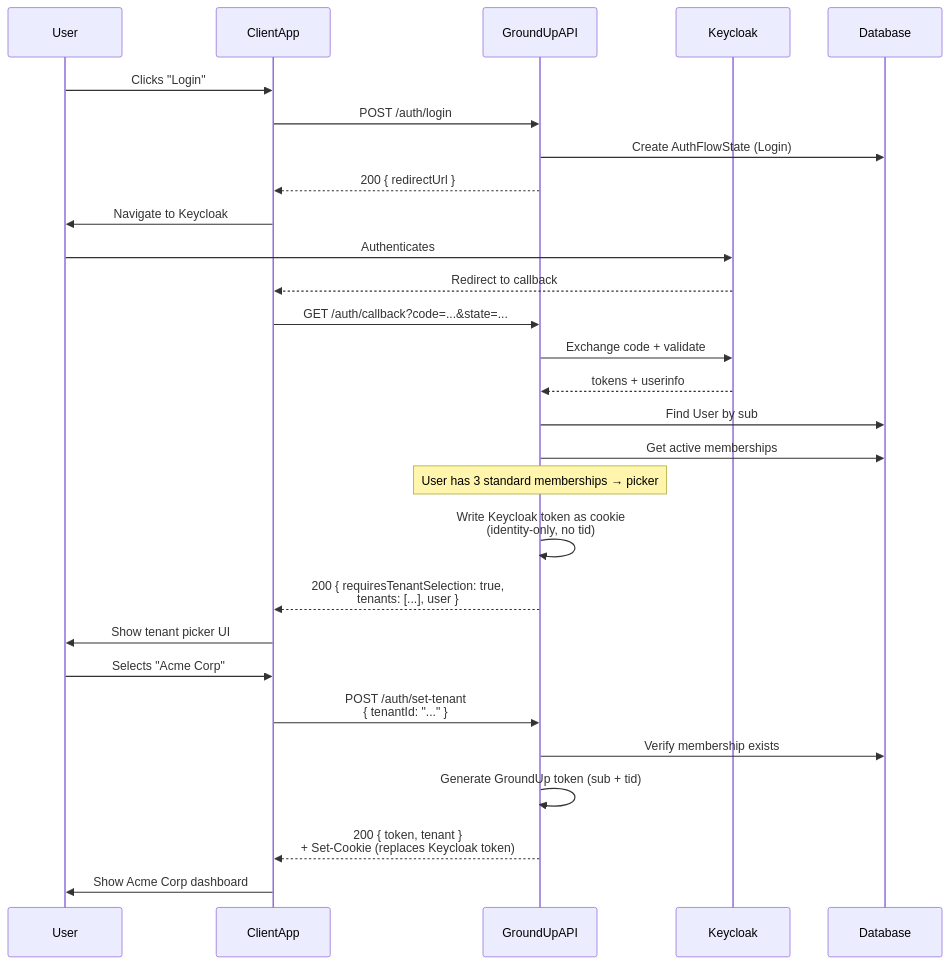
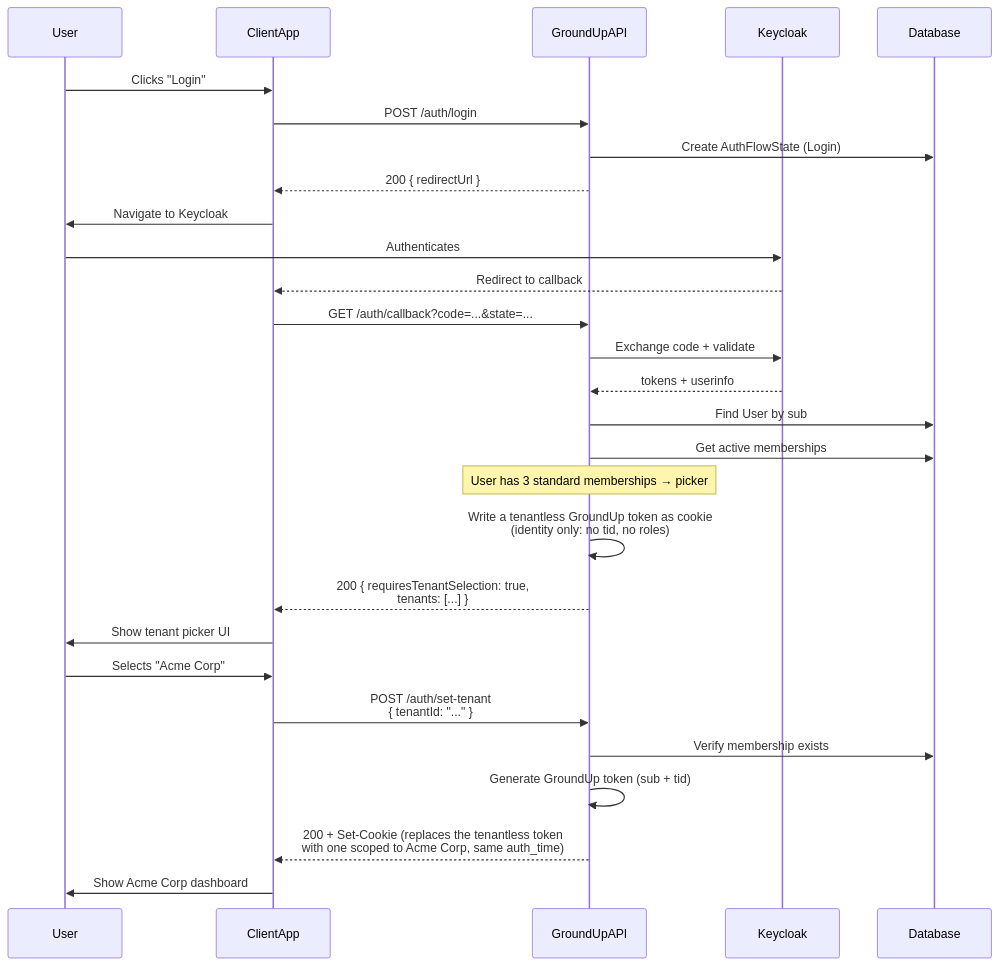
One commit to rsbst23/groundup changed the third of 23 diagrams in .kiro/specs/phase-10-cleanup/auth-flows-design.md. Above: the diagram before and after it, drawn with Mermaid. The commit also changed other lines of this file and 3 other files, not shown here.

Commit message:
docs(auth): tenantless sessions in the flow design and manual testing guide

````diff
--- a/.kiro/specs/phase-10-cleanup/auth-flows-design.md
+++ b/.kiro/specs/phase-10-cleanup/auth-flows-design.md
@@ -185,31 +185,31 @@
 ```mermaid
 sequenceDiagram
     participant User
     participant ClientApp
     participant GroundUpAPI
     participant Keycloak
     participant Database
 
     User->>ClientApp: Clicks "Login"
     ClientApp->>GroundUpAPI: POST /auth/login
     GroundUpAPI->>Database: Create AuthFlowState (Login)
     GroundUpAPI-->>ClientApp: 200 { redirectUrl }
     ClientApp->>User: Navigate to Keycloak
     User->>Keycloak: Authenticates
     Keycloak-->>ClientApp: Redirect to callback
     ClientApp->>GroundUpAPI: GET /auth/callback?code=...&state=...
     GroundUpAPI->>Keycloak: Exchange code + validate
     Keycloak-->>GroundUpAPI: tokens + userinfo
     GroundUpAPI->>Database: Find User by sub
     GroundUpAPI->>Database: Get active memberships
     Note over GroundUpAPI: User has 3 standard memberships → picker
-    GroundUpAPI->>GroundUpAPI: Write Keycloak token as cookie<br/>(identity-only, no tid)
-    GroundUpAPI-->>ClientApp: 200 { requiresTenantSelection: true,<br/>tenants: [...], user }
+    GroundUpAPI->>GroundUpAPI: Write a tenantless GroundUp token as cookie<br/>(identity only: no tid, no roles)
+    GroundUpAPI-->>ClientApp: 200 { requiresTenantSelection: true,<br/>tenants: [...] }
     ClientApp->>User: Show tenant picker UI
     User->>ClientApp: Selects "Acme Corp"
     ClientApp->>GroundUpAPI: POST /auth/set-tenant<br/>{ tenantId: "..." }
     GroundUpAPI->>Database: Verify membership exists
     GroundUpAPI->>GroundUpAPI: Generate GroundUp token (sub + tid)
-    GroundUpAPI-->>ClientApp: 200 { token, tenant }<br/>+ Set-Cookie (replaces Keycloak token)
+    GroundUpAPI-->>ClientApp: 200 + Set-Cookie (replaces the tenantless token<br/>with one scoped to Acme Corp, same auth_time)
     ClientApp->>User: Show Acme Corp dashboard
 ```
````
